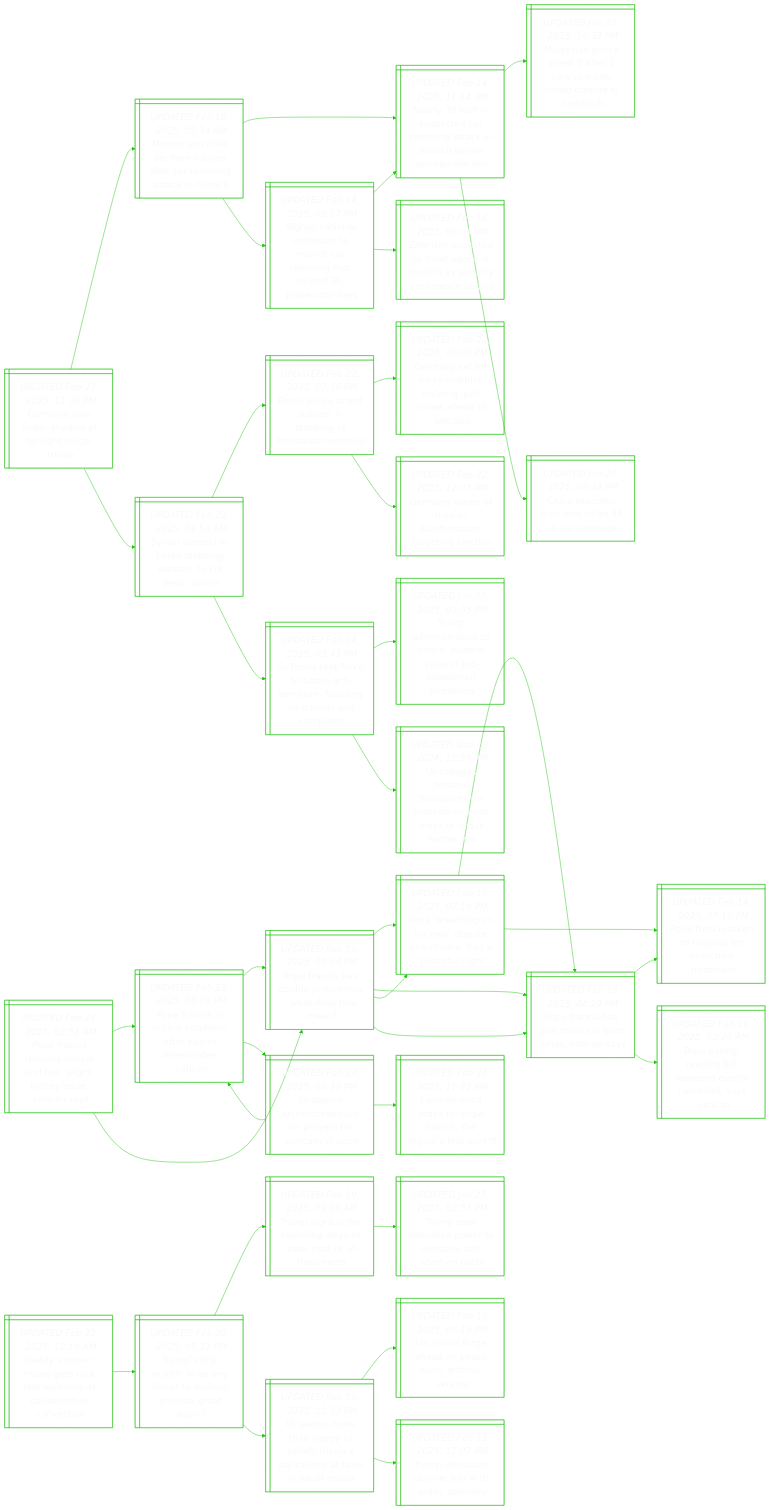
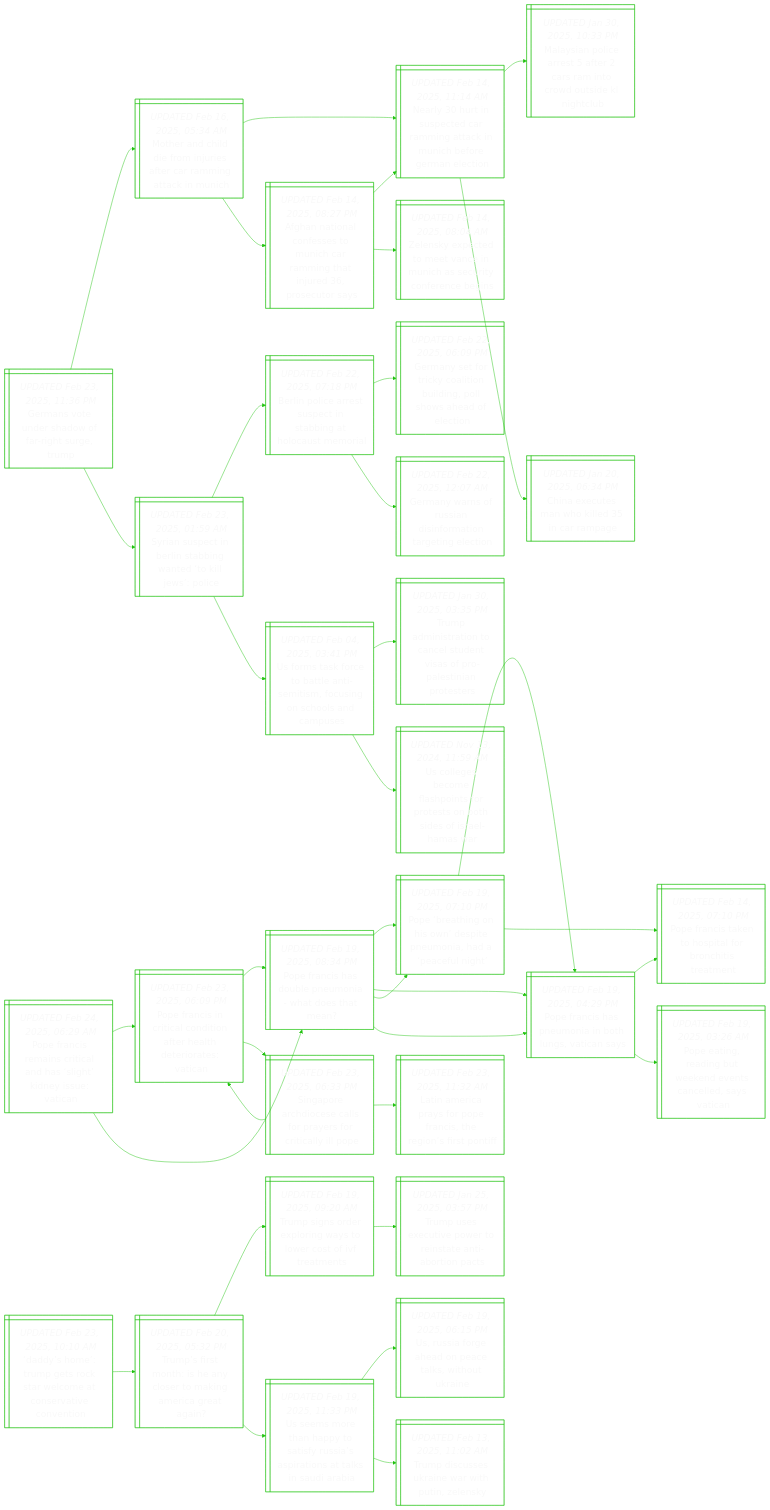
Before and after one commit to notJmes/notJmes: the diagram in README.md, drawn with Mermaid. The commit also changed other lines of this file, not shown here.

```diff
--- a/README.md
+++ b/README.md
@@ -62,8 +62,8 @@
 Umketnmmsnodu:::txtsize --> Taitoedifaips:::txtsize
 Umketnmmsnodu:::txtsize --> Ulbehtpsbifea:::txtsize
 
-Prsiilagdsan@{ shape: win-pane, label: "_UPDATED Feb 24, 2025, 03:51 AM_
-Pope francis remains critical and has ‘slight’ kidney issue, vatican says" }
+Prsiilagdsan@{ shape: win-pane, label: "_UPDATED Feb 24, 2025, 06:29 AM_
+Pope francis remains critical and has ‘slight’ kidney issue: vatican" }
 Prsiliahhrtt@{ shape: win-pane, label: "_UPDATED Feb 23, 2025, 06:09 PM_
 Pope francis in critical condition after health deteriorates: vatican" }
 Prsopohet@{ shape: win-pane, label: "_UPDATED Feb 19, 2025, 08:34 PM_
```
